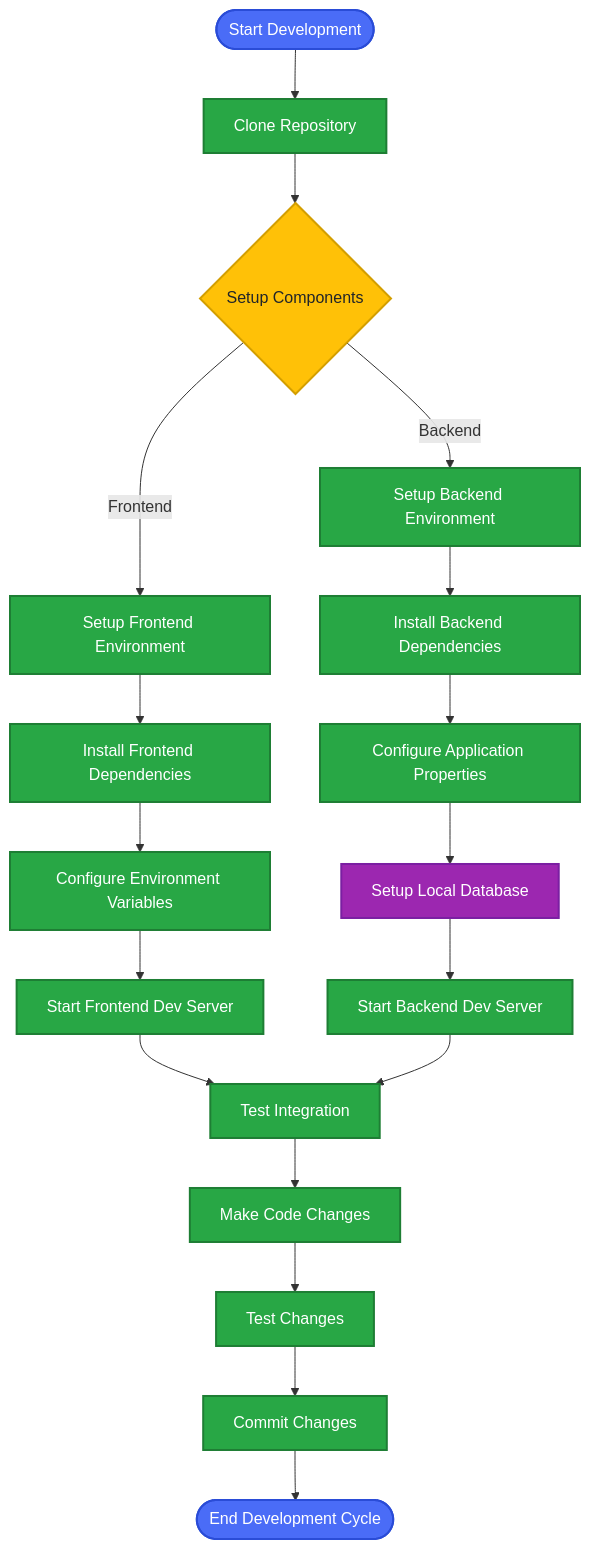
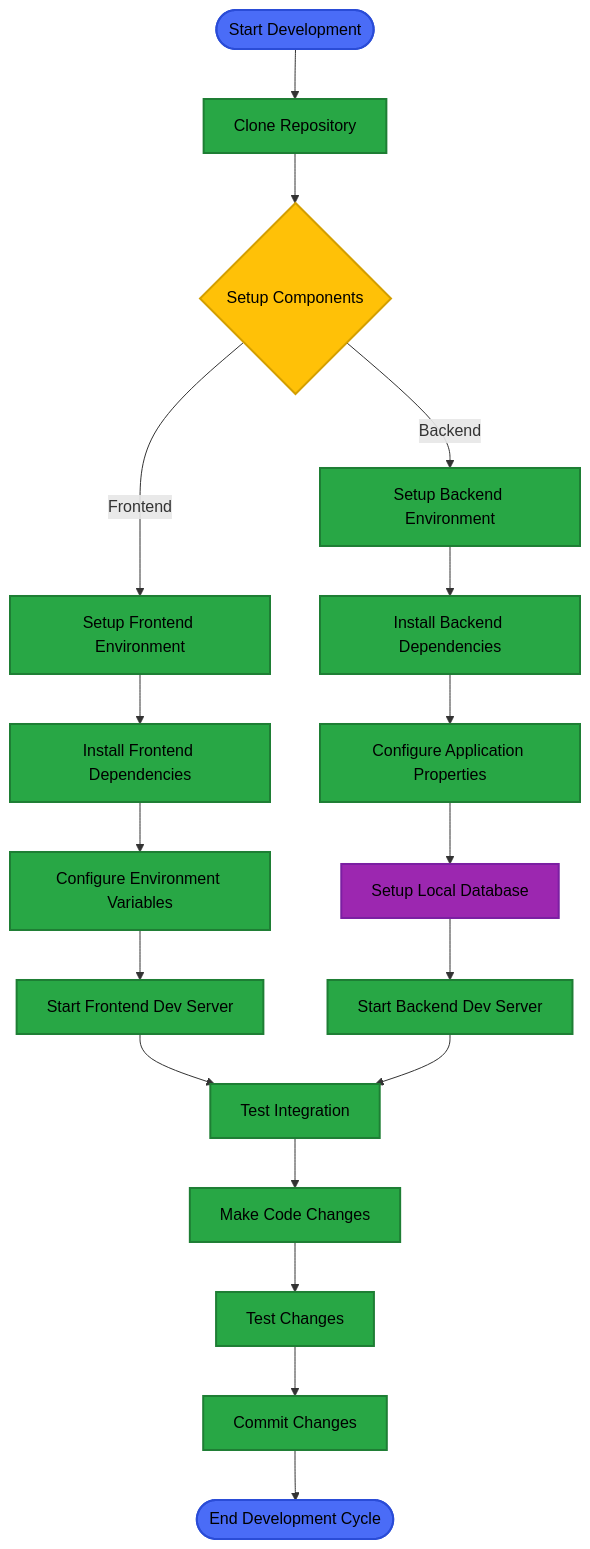
One commit to TuPhung369/Haaga_Backend_Programming changed the third of 15 diagrams in TuPhung_Docs/docs/deployment.md. Above: the diagram before and after it, drawn with Mermaid. The commit also changed other lines of this file and 3 other files, not shown here.

Commit message:
V10 style for darkmode workflow mermaid

````diff
--- a/TuPhung_Docs/docs/deployment.md
+++ b/TuPhung_Docs/docs/deployment.md
@@ -244,39 +244,39 @@
 ```mermaid
 flowchart TD
     %% Styling
-    classDef startNode fill:#4a6cf7,stroke:#2a4cd7,color:white,stroke-width:2px
-    classDef processNode fill:#28a745,stroke:#1e7e34,color:white,stroke-width:2px
-    classDef databaseNode fill:#9c27b0,stroke:#7b1fa2,color:white,stroke-width:2px
-    classDef decisionNode fill:#ffc107,stroke:#d39e00,color:#212529,stroke-width:2px
-    classDef endNode fill:#dc3545,stroke:#bd2130,color:white,stroke-width:2px
+    classDef startNode fill:#4a6cf7,stroke:#2a4cd7,color:#000,stroke-width:2px
+    classDef processNode fill:#28a745,stroke:#1e7e34,color:#000,stroke-width:2px
+    classDef databaseNode fill:#9c27b0,stroke:#7b1fa2,color:#000,stroke-width:2px
+    classDef decisionNode fill:#ffc107,stroke:#d39e00,color:#000,stroke-width:2px
+    classDef endNode fill:#dc3545,stroke:#bd2130,color:#000,stroke-width:2px
 
     %% Main flow
     Start([Start Development]):::startNode --> CloneRepo[Clone Repository]:::processNode
     CloneRepo --> ParallelSetup{Setup Components}:::decisionNode
 
     %% Frontend setup
     ParallelSetup -->|Frontend| FESetup[Setup Frontend Environment]:::processNode
     FESetup --> InstallFEDeps[Install Frontend Dependencies]:::processNode
     InstallFEDeps --> ConfigureFE[Configure Environment Variables]:::processNode
     ConfigureFE --> StartFEDev[Start Frontend Dev Server]:::processNode
 
     %% Backend setup
     ParallelSetup -->|Backend| BESetup[Setup Backend Environment]:::processNode
     BESetup --> InstallBEDeps[Install Backend Dependencies]:::processNode
     InstallBEDeps --> ConfigureBE[Configure Application Properties]:::processNode
     ConfigureBE --> SetupDB[Setup Local Database]:::databaseNode
     SetupDB --> StartBEDev[Start Backend Dev Server]:::processNode
 
     %% Integration
     StartFEDev & StartBEDev --> TestIntegration[Test Integration]:::processNode
     TestIntegration --> MakingChanges[Make Code Changes]:::processNode
     MakingChanges --> TestChanges[Test Changes]:::processNode
     TestChanges --> CommitChanges[Commit Changes]:::processNode
     CommitChanges --> End([End Development Cycle]):::endNode
 
     %% Apply styles
     class Start,End startNode
     class CloneRepo,FESetup,InstallFEDeps,ConfigureFE,StartFEDev,BESetup,InstallBEDeps,ConfigureBE,StartBEDev,TestIntegration,MakingChanges,TestChanges,CommitChanges processNode
     class SetupDB databaseNode
     class ParallelSetup decisionNode
 ```
````
